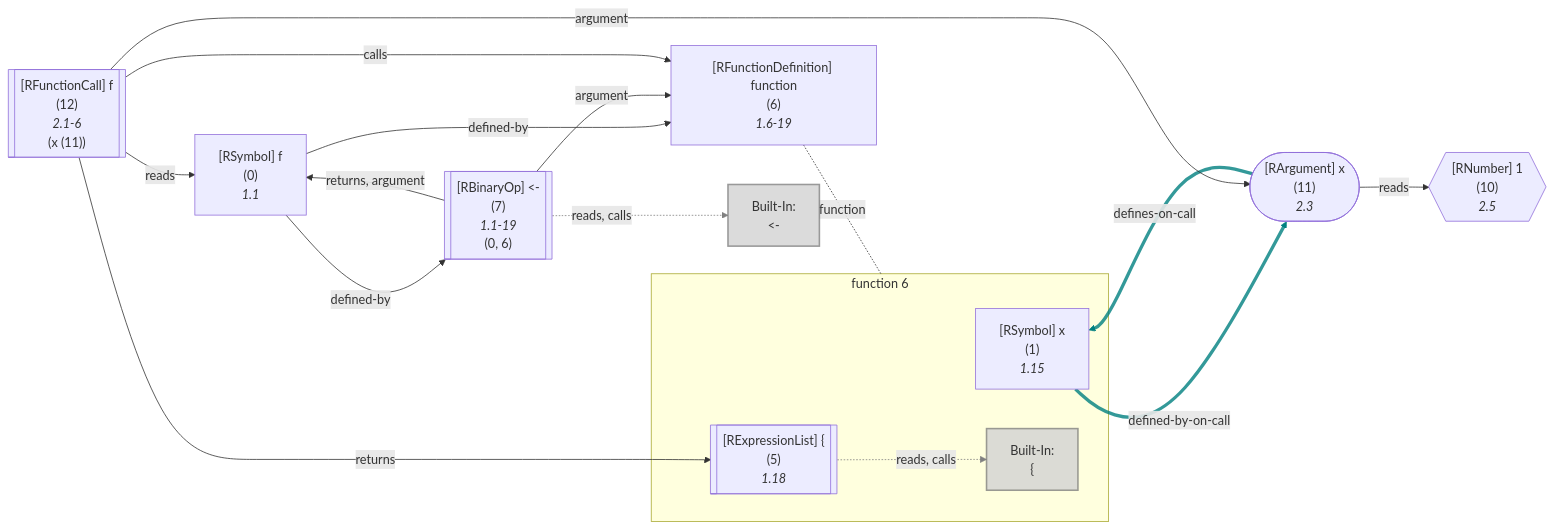
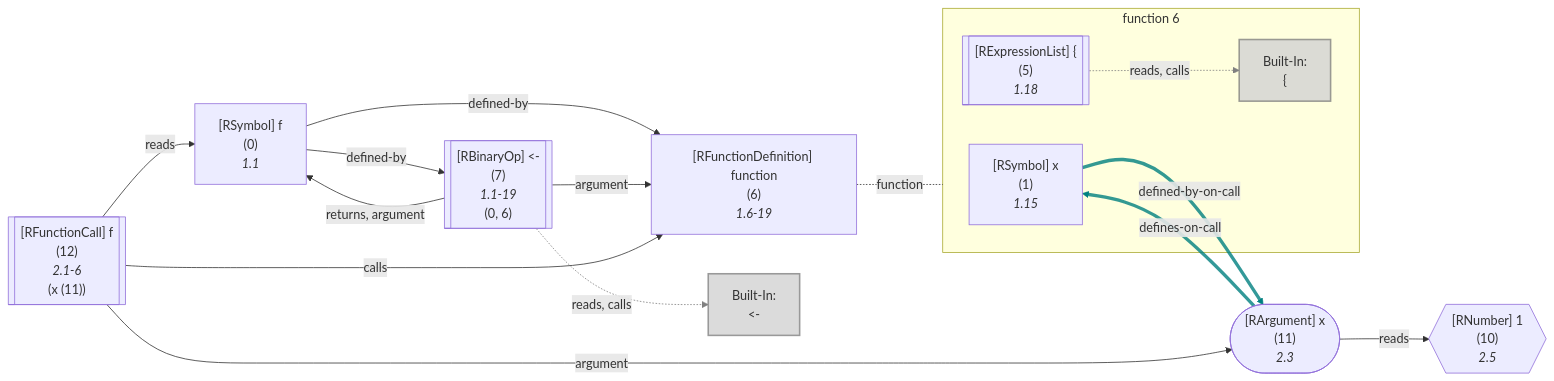
Diagram 37 of 51 in wiki/Dataflow Graph.md (flowr-analysis/flowr), drawn with Mermaid before and after one commit. The commit also changed other lines of this file and 13 other files, not shown here.

Commit message:
[skip ci] doc: update generated wiki pages (wiki/Capabilities,wiki/Dataflow Graph,wiki/Interface,wiki/Core,README)

````diff
--- a/wiki/Dataflow Graph.md
+++ b/wiki/Dataflow Graph.md
@@ -4824,61 +4830,60 @@
 ```mermaid
 flowchart LR
     6["`#91;RFunctionDefinition#93; function
       (6)
       *1.6-19*`"]
 
 subgraph "flow-6" [function 6]
     1["`#91;RSymbol#93; x
       (1)
       *1.15*`"]
     5[["`#91;RExpressionList#93; #123;
       (5)
       *1.18*`"]]
     built-in:_["`Built-In:
 #123;`"]
     style built-in:_ stroke:gray,fill:lightgray,stroke-width:2px,opacity:.8;
 end
     0["`#91;RSymbol#93; f
       (0)
       *1.1*`"]
     7[["`#91;RBinaryOp#93; #60;#45;
       (7)
       *1.1-19*
     (0, 6)`"]]
     built-in:_-["`Built-In:
 #60;#45;`"]
     style built-in:_- stroke:gray,fill:lightgray,stroke-width:2px,opacity:.8;
     10{{"`#91;RNumber#93; 1
       (10)
       *2.5*`"}}
     11(["`#91;RArgument#93; x
       (11)
       *2.3*`"])
     %% Environment of 12 [level: 0]:
     %% Built-in
-    %% 1002----------------------------------------
+    %% 1004----------------------------------------
     %%   f: {**f** (id: 0, type: Function, def. @7)}
     12[["`#91;RFunctionCall#93; f
       (12)
       *2.1-6*
     (x (11))`"]]
     1 -->|"defined-by-on-call"| 11
     linkStyle 0 stroke:teal,stroke-width:4.2px,stroke-opacity:.8
     5 -.->|"reads, calls"| built-in:_
     linkStyle 1 stroke:gray;
 6 -.-|function| flow-6
 
     0 -->|"defined-by"| 6
     0 -->|"defined-by"| 7
     7 -->|"argument"| 6
     7 -->|"returns, argument"| 0
     7 -.->|"reads, calls"| built-in:_-
     linkStyle 7 stroke:gray;
     11 -->|"reads"| 10
     11 -->|"defines-on-call"| 1
     linkStyle 9 stroke:teal,stroke-width:4.2px,stroke-opacity:.8
     12 -->|"argument"| 11
     12 -->|"reads"| 0
-    12 -->|"returns"| 5
     12 -->|"calls"| 6
 ```
````
